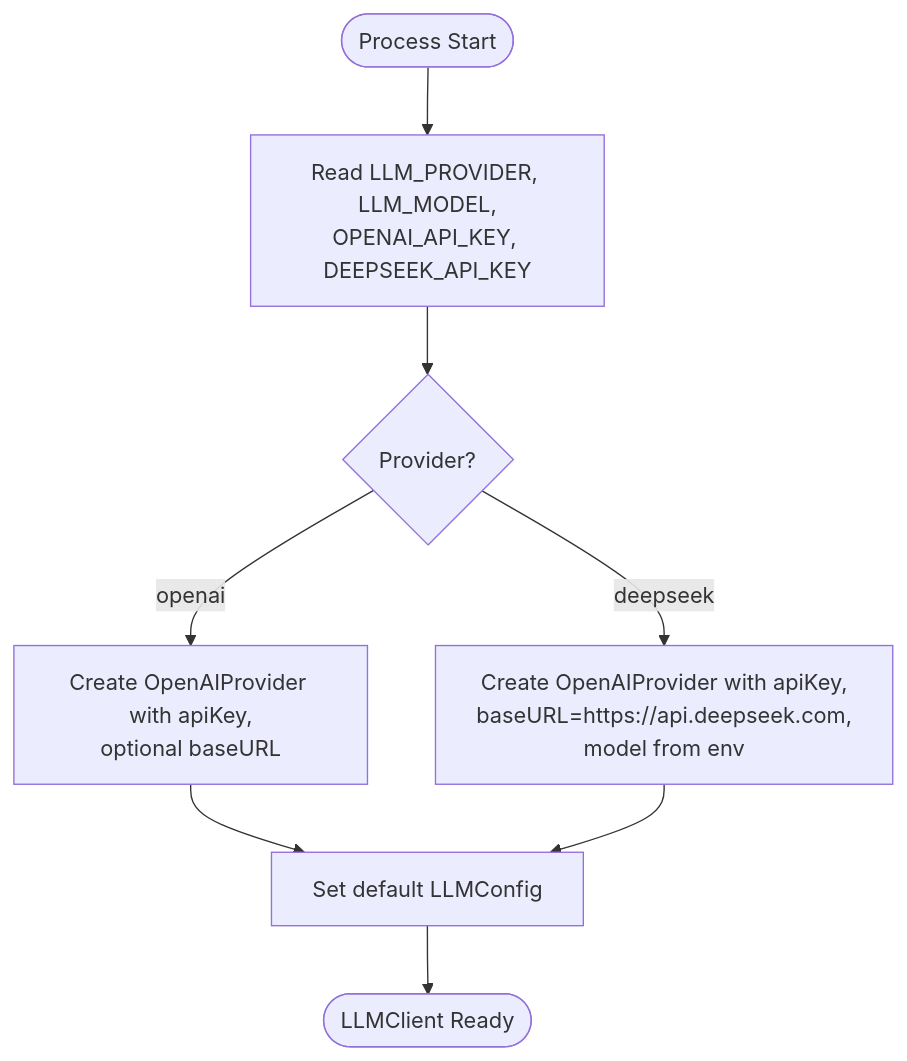
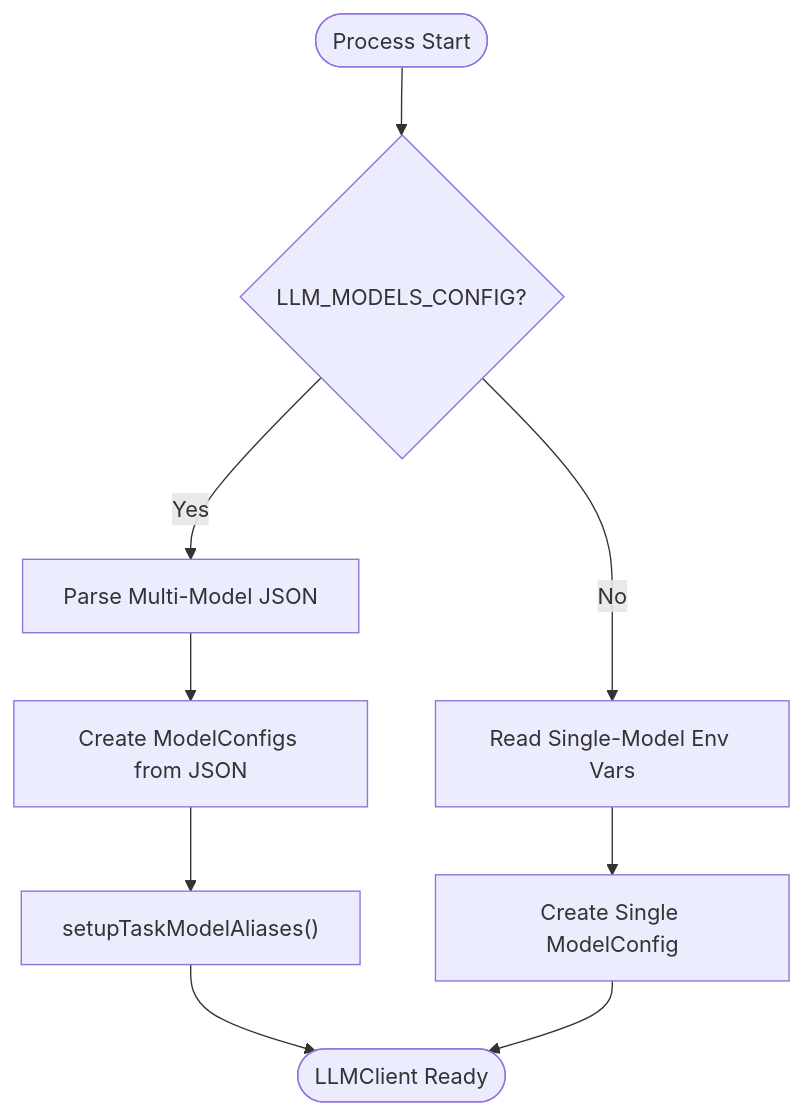
Before and after one commit to liwonder/NARRITIVE_OS: the fourth of 7 diagrams in .qoder/repowiki/en/content/Engine Architecture/LLM Integration Layer.md, drawn with Mermaid. The commit also changed other lines of this file and 5 other files, not shown here.

````diff
--- a/.qoder/repowiki/en/content/Engine Architecture/LLM Integration Layer.md
+++ b/.qoder/repowiki/en/content/Engine Architecture/LLM Integration Layer.md
@@ -197,10 +226,11 @@
 ```mermaid
 flowchart TD
-Start(["Process Start"]) --> LoadEnv["Read LLM_PROVIDER, LLM_MODEL,<br/>OPENAI_API_KEY, DEEPSEEK_API_KEY"]
-LoadEnv --> Choose{"Provider?"}
-Choose --> |openai| OA["Create OpenAIProvider with apiKey,<br/>optional baseURL"]
-Choose --> |deepseek| DS["Create OpenAIProvider with apiKey,<br/>baseURL=https://api.deepseek.com,<br/>model from env"]
-OA --> InitDefaults["Set default LLMConfig"]
-DS --> InitDefaults
-InitDefaults --> Ready(["LLMClient Ready"])
+Start(["Process Start"]) --> CheckConfig{"LLM_MODELS_CONFIG?"}
+CheckConfig --> |Yes| ParseJSON["Parse Multi-Model JSON"]
+CheckConfig --> |No| LoadEnv["Read Single-Model Env Vars"]
+ParseJSON --> CreateModels["Create ModelConfigs from JSON"]
+CreateModels --> SetupAliases["setupTaskModelAliases()"]
+SetupAliases --> Ready(["LLMClient Ready"])
+LoadEnv --> CreateSingle["Create Single ModelConfig"]
+CreateSingle --> Ready
 ```
````
